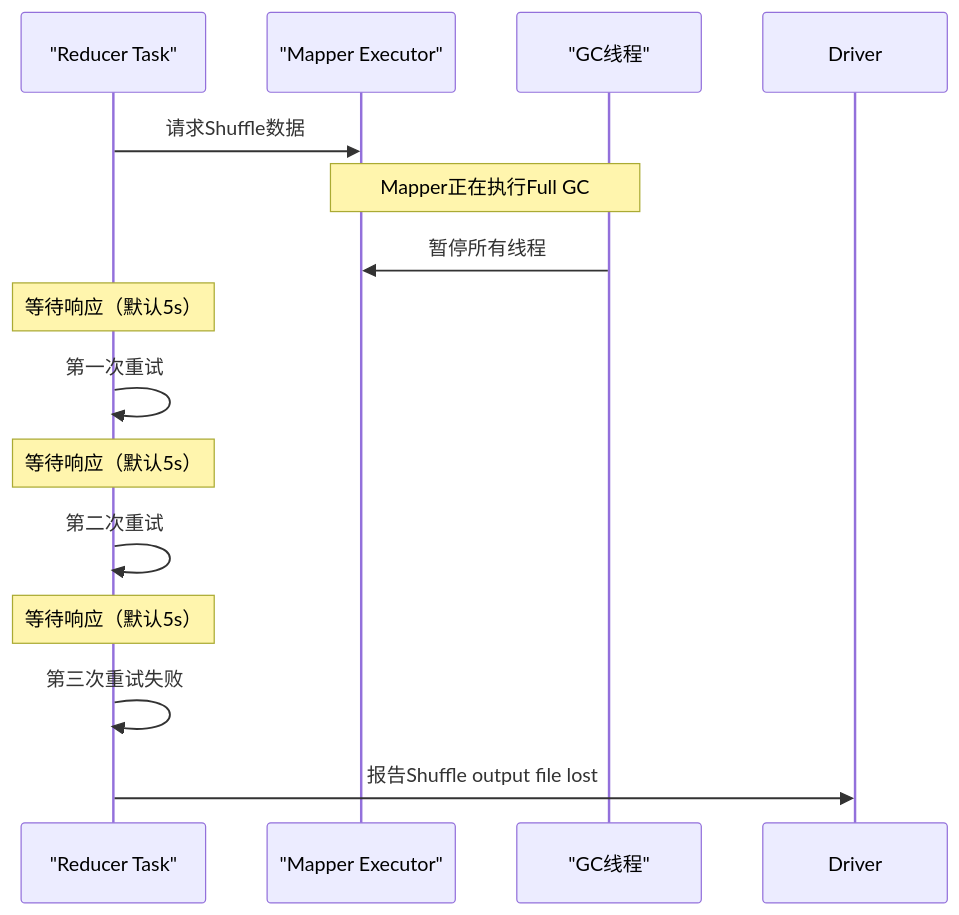
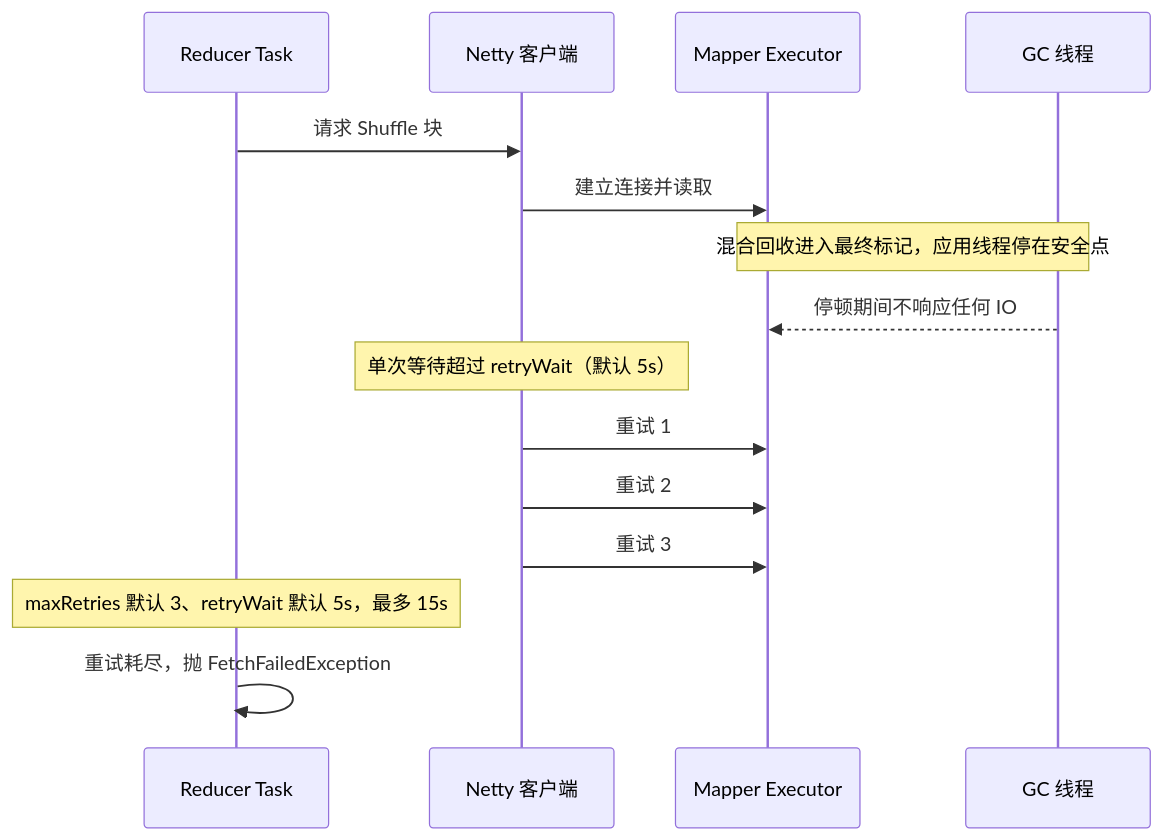
The fifth of 6 diagrams in content/大数据/Spark/读书笔记-spark内核/06_性能调优实战/5. Spark_JVM性能调优.md (hpliStartAgain/my-brain), drawn with Mermaid before and after one commit. The commit also changed other lines of this file and 259 other files, not shown here.

````diff
--- a/content/大数据/Spark/读书笔记-spark内核/06_性能调优实战/5. Spark_JVM性能调优.md
+++ b/content/大数据/Spark/读书笔记-spark内核/06_性能调优实战/5. Spark_JVM性能调优.md
@@ -320,17 +447,18 @@
 ```mermaid
+%%{init: {'theme': 'dracula'}}%%
 sequenceDiagram
-    participant R as "Reducer Task"
-    participant M as "Mapper Executor"
-    participant GC as "GC线程"
-    
-    R->>M: 请求Shuffle数据
-    Note over M,GC: Mapper正在执行Full GC
-    GC->>M: 暂停所有线程
-    Note over R: 等待响应（默认5s）
-    R->>R: 第一次重试
-    Note over R: 等待响应（默认5s）
-    R->>R: 第二次重试
-    Note over R: 等待响应（默认5s）
-    R->>R: 第三次重试失败
-    R->>Driver: 报告Shuffle output file lost
+    participant R as Reducer Task
+    participant N as Netty 客户端
+    participant M as Mapper Executor
+    participant G as GC 线程
+    R->>N: 请求 Shuffle 块
+    N->>M: 建立连接并读取
+    Note over M,G: 混合回收进入最终标记，应用线程停在安全点
+    G-->>M: 停顿期间不响应任何 IO
+    Note over N: 单次等待超过 retryWait（默认 5s）
+    N->>M: 重试 1
+    N->>M: 重试 2
+    N->>M: 重试 3
+    Note over R: maxRetries 默认 3、retryWait 默认 5s，最多 15s
+    R->>R: 重试耗尽，抛 FetchFailedException
 ```
````
